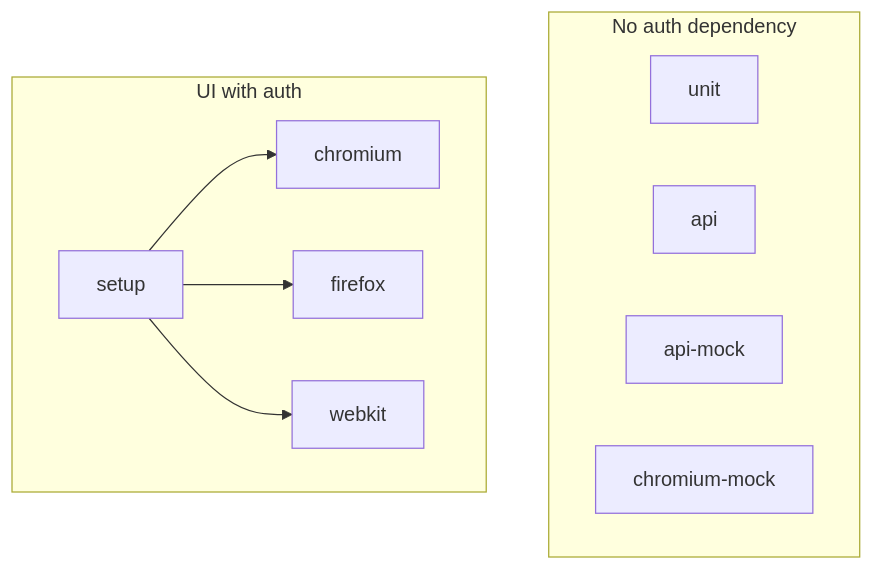
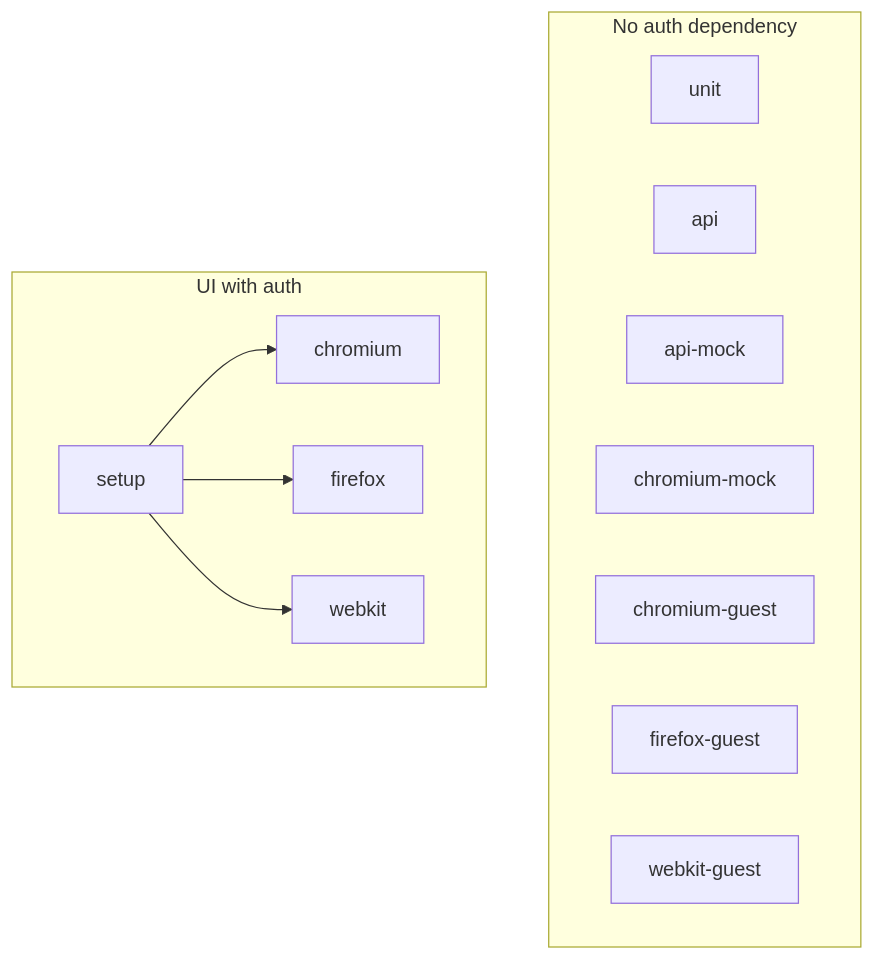
The diagram in docs/lessons/02-playwright-projects.md (hemantjanrao/playwright-learning), drawn with Mermaid before and after one commit. The commit also changed other lines of this file and 15 other files, not shown here.

````diff
--- a/docs/lessons/02-playwright-projects.md
+++ b/docs/lessons/02-playwright-projects.md
@@ -13,15 +15,18 @@
 ```mermaid
 flowchart TB
     subgraph FAST["No auth dependency"]
         UNIT["unit"]
         API["api"]
         MOCK["api-mock"]
         CHM["chromium-mock"]
+        CG["chromium-guest"]
+        FG["firefox-guest"]
+        WG["webkit-guest"]
     end
 
     subgraph UI["UI with auth"]
         SETUP["setup"] --> CH["chromium"]
         SETUP --> FF["firefox"]
         SETUP --> WK["webkit"]
     end
 ```
````
